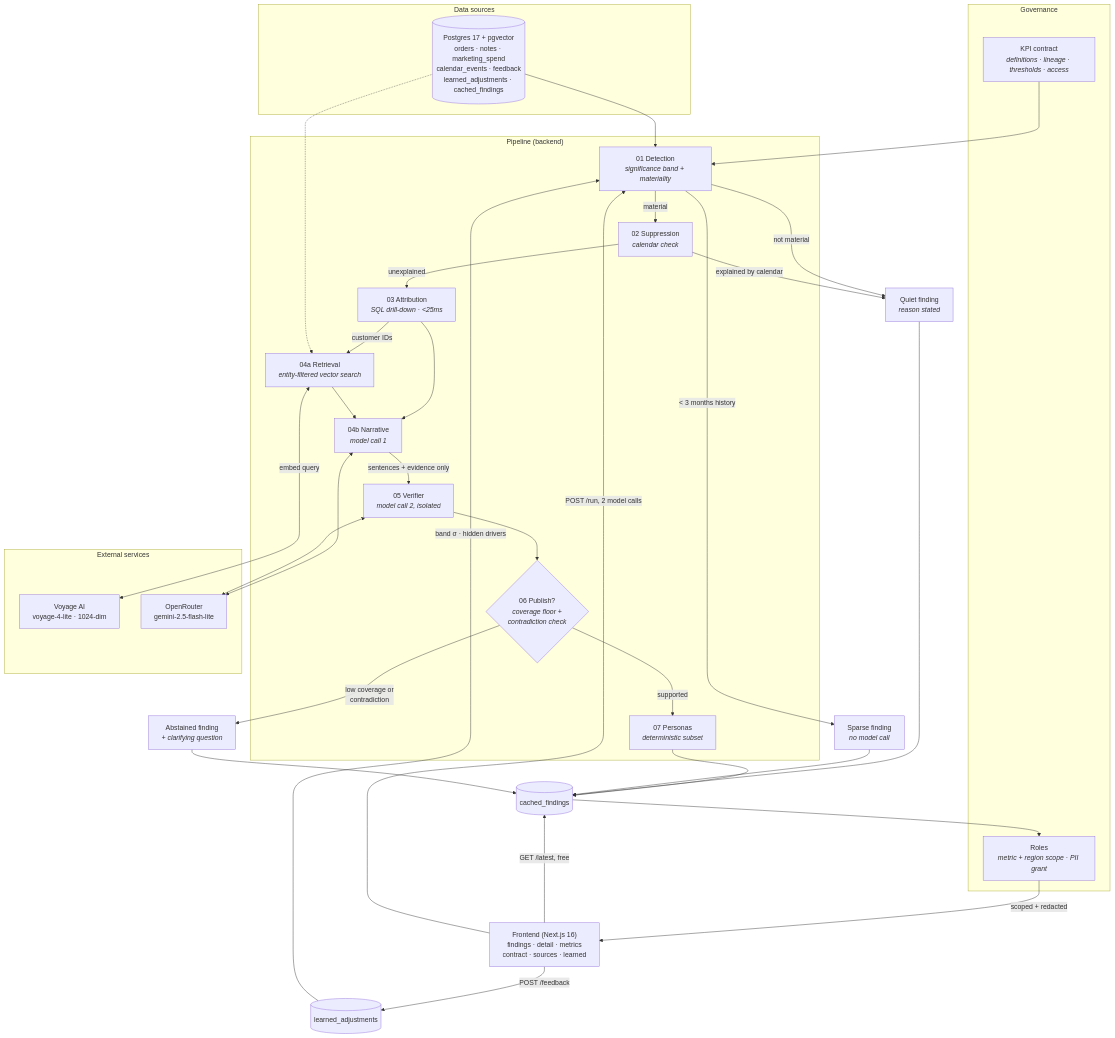
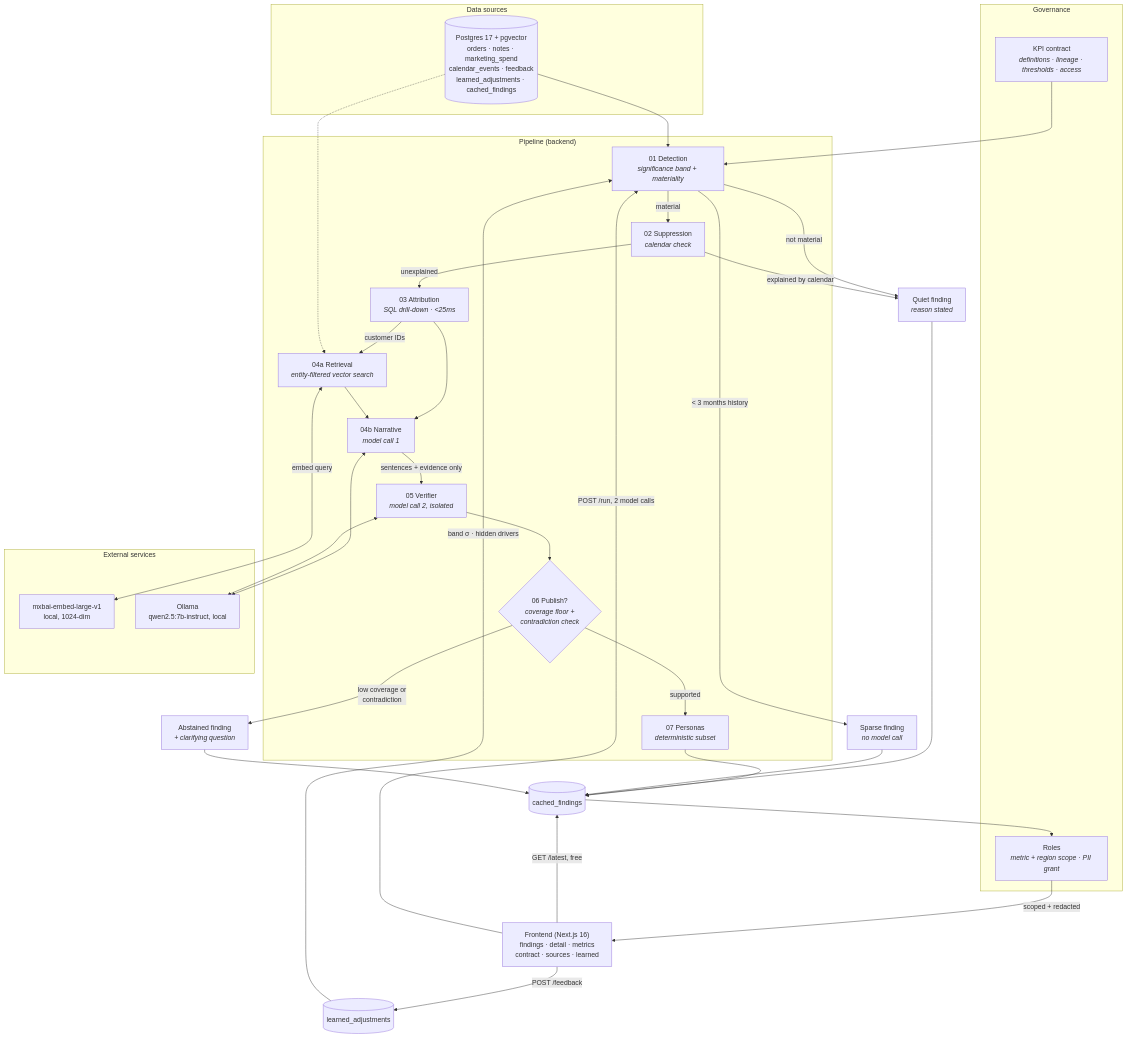
The diagram in README.md (Because-ai/because.ai-backend), drawn with Mermaid before and after one commit. The commit also changed other lines of this file and 19 other files, not shown here.

````diff
--- a/README.md
+++ b/README.md
@@ -194,58 +194,58 @@
 ```mermaid
 flowchart TD
     subgraph sources["Data sources"]
         PG[("Postgres 17 + pgvector<br/>orders · notes · marketing_spend<br/>calendar_events · feedback<br/>learned_adjustments · cached_findings")]
     end
 
     subgraph govern["Governance"]
         KC["KPI contract<br/><i>definitions · lineage · thresholds · access</i>"]
         RL["Roles<br/><i>metric + region scope · PII grant</i>"]
     end
 
     subgraph pipeline["Pipeline (backend)"]
         D["01 Detection<br/><i>significance band + materiality</i>"]
         S["02 Suppression<br/><i>calendar check</i>"]
         A["03 Attribution<br/><i>SQL drill-down · &lt;25ms</i>"]
         R["04a Retrieval<br/><i>entity-filtered vector search</i>"]
         N["04b Narrative<br/><i>model call 1</i>"]
         V["05 Verifier<br/><i>model call 2, isolated</i>"]
         DEC{"06 Publish?<br/><i>coverage floor +<br/>contradiction check</i>"}
         P["07 Personas<br/><i>deterministic subset</i>"]
     end
 
     subgraph external["External services"]
-        VO["Voyage AI<br/>voyage-4-lite · 1024-dim"]
-        OR["OpenRouter<br/>gemini-2.5-flash-lite"]
+        VO["mxbai-embed-large-v1<br/>local, 1024-dim"]
+        OR["Ollama<br/>qwen2.5:7b-instruct, local"]
     end
 
     UI["Frontend (Next.js 16)<br/>findings · detail · metrics<br/>contract · sources · learned"]
 
     KC --> D
     LA[("learned_adjustments")] -->|"band σ · hidden drivers"| D
     PG --> D
     D -->|"&lt; 3 months history"| SPARSE["Sparse finding<br/><i>no model call</i>"]
     D -->|"not material"| QUIET["Quiet finding<br/><i>reason stated</i>"]
     D -->|"material"| S
     S -->|"explained by calendar"| QUIET
     S -->|"unexplained"| A
     A -->|"customer IDs"| R
     PG -.-> R
     R <-->|"embed query"| VO
     A --> N
     R --> N
     N <--> OR
     N -->|"sentences + evidence only"| V
     V <--> OR
     V --> DEC
     DEC -->|"low coverage or<br/>contradiction"| ABST["Abstained finding<br/><i>+ clarifying question</i>"]
     DEC -->|"supported"| P
     P --> CACHE[("cached_findings")]
     QUIET --> CACHE
     SPARSE --> CACHE
     ABST --> CACHE
     CACHE --> RL
     RL -->|"scoped + redacted"| UI
     UI -->|"GET /latest, free"| CACHE
     UI -->|"POST /run, 2 model calls"| D
     UI -->|"POST /feedback"| LA
 ```
````
